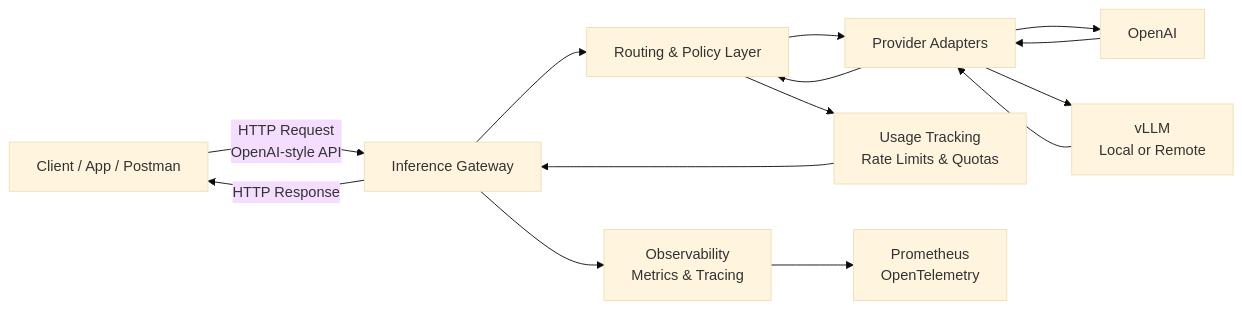
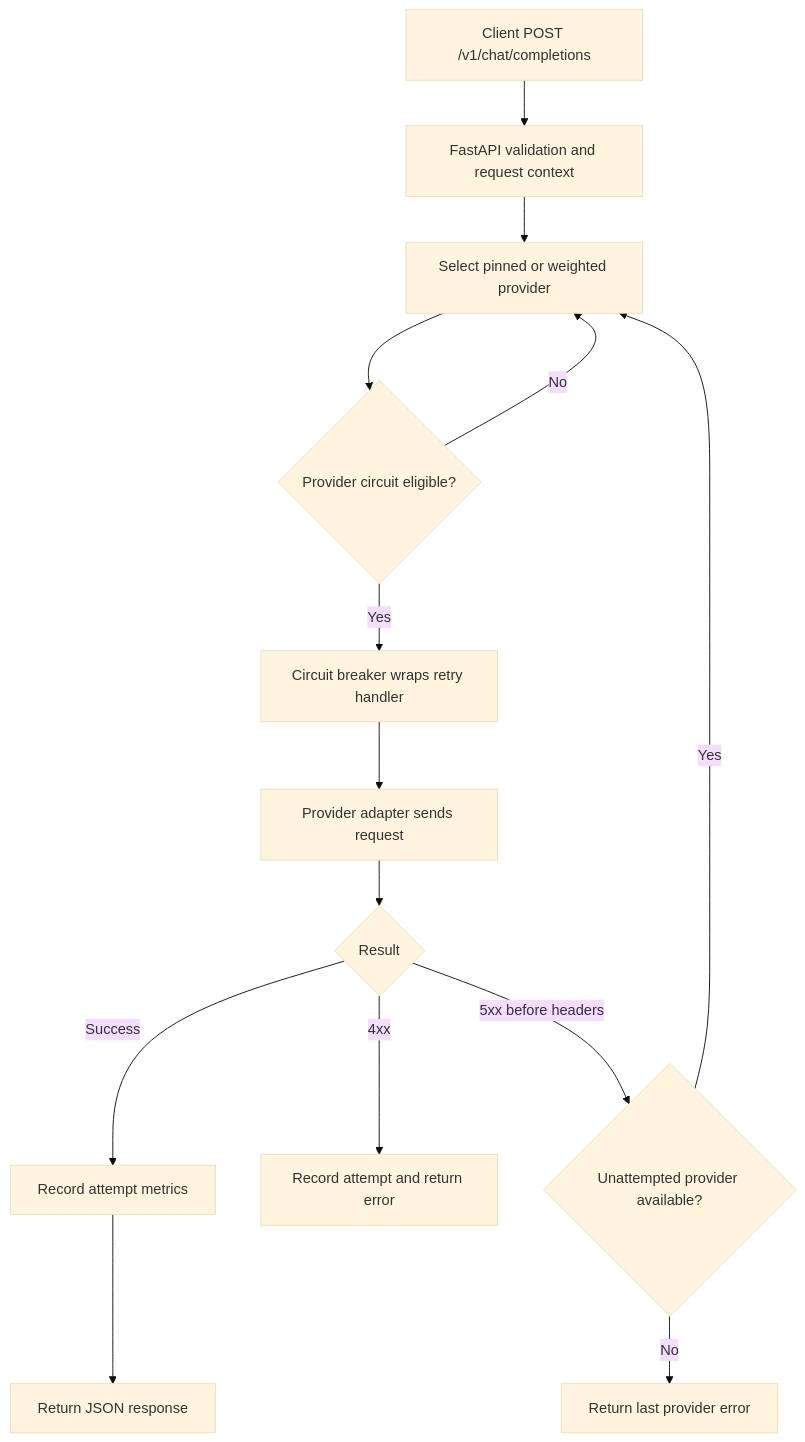
Before and after one commit to crypticseeds/sre-inference-gateway: the first of 2 diagrams in docs/ARCHITECTURE.md, drawn with Mermaid (base theme). The commit also changed other lines of this file and 17 other files, not shown here.

````diff
--- a/docs/ARCHITECTURE.md
+++ b/docs/ARCHITECTURE.md
@@ -109,28 +63,16 @@
 ```mermaid
-flowchart LR
-    A[Client / App / Postman]
-        -->|HTTP Request\nOpenAI-style API| B[Inference Gateway]
-
-    B --> C[Routing & Policy Layer]
-
-    C --> D[Provider Adapters]
-
-    D --> E1[OpenAI]
-    D --> E2[vLLM\nLocal or Remote]
-
-    E1 --> D
-    E2 --> D
-
-    D --> C
-
-    C --> F[Usage Tracking\nRate Limits & Quotas]
-
-    F --> B
-
-    B --> G[Observability\nMetrics & Tracing]
-
-    G --> H[Prometheus\nOpenTelemetry]
-
-    B -->|HTTP Response| A
-
+flowchart TD
+    A[Client POST /v1/chat/completions] --> B[FastAPI validation and request context]
+    B --> C[Select pinned or weighted provider]
+    C --> D{Provider circuit eligible?}
+    D -- No --> C
+    D -- Yes --> E[Circuit breaker wraps retry handler]
+    E --> F[Provider adapter sends request]
+    F --> G{Result}
+    G -- Success --> H[Record attempt metrics]
+    H --> I[Return JSON response]
+    G -- 4xx --> J[Record attempt and return error]
+    G -- 5xx before headers --> K{Unattempted provider available?}
+    K -- Yes --> C
+    K -- No --> L[Return last provider error]
 ```
````
